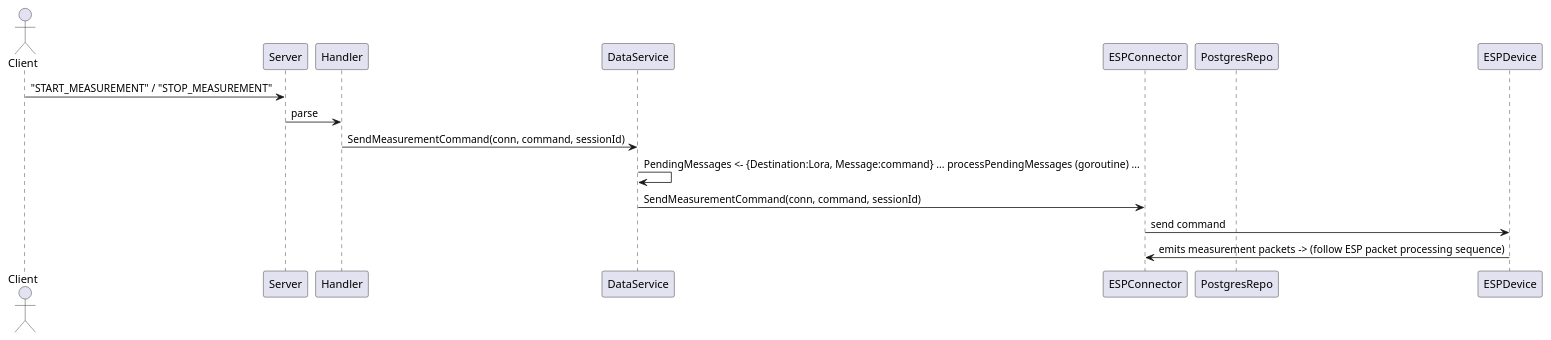
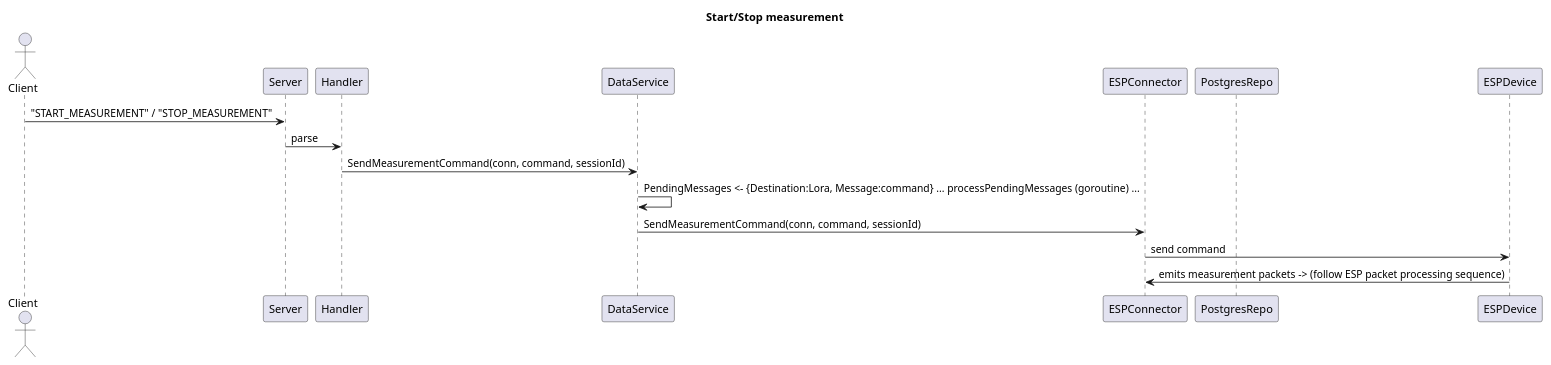
One commit to RedBlackHoodie/GsmLoraServer changed the diagram in doc/meas.puml. Above: the diagram before and after it, drawn with PlantUML. The commit also changed 2 other files, not shown here.

```diff
--- a/doc/meas.puml
+++ b/doc/meas.puml
@@ -1,16 +1,17 @@
-@startuml title Start/Stop measurement
+@startuml
+title Start/Stop measurement
 actor Client
 participant "Server" as Server
 participant "Handler" as Handler
 participant "DataService" as DataService
 participant "ESPConnector" as ESPConnector
 participant "PostgresRepo" as Repo
 
 Client -> Server: "START_MEASUREMENT" / "STOP_MEASUREMENT"
 Server -> Handler: parse
 Handler -> DataService: SendMeasurementCommand(conn, command, sessionId)
 DataService -> DataService: PendingMessages <- {Destination:Lora, Message:command} ... processPendingMessages (goroutine) ...
 DataService -> ESPConnector: SendMeasurementCommand(conn, command, sessionId)
 ESPConnector -> ESPDevice: send command
 ESPDevice -> ESPConnector: emits measurement packets -> (follow ESP packet processing sequence)
 @enduml
```
